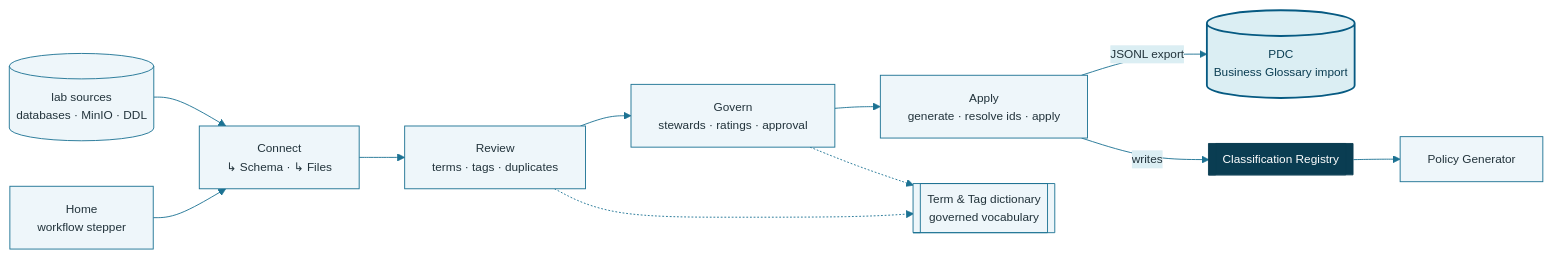
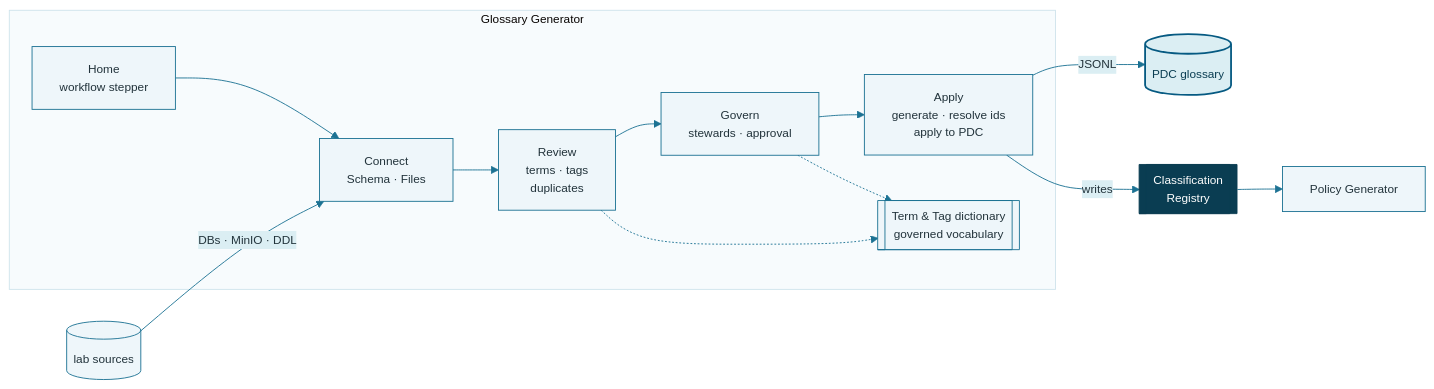
Before and after one commit to jporeilly/PDC-Glossary-Generator: the diagram in docs/GUIDE.md, drawn with Mermaid. The commit also changed 6 other files, not shown here.

First line of the commit message:
1.10.8 - Home table alignment, PDC glossary column, workflow diagram redraw

````diff
--- a/docs/GUIDE.md
+++ b/docs/GUIDE.md
@@ -399,18 +399,20 @@
 ```mermaid
 %%{init: {'theme':'base','themeVariables':{'primaryColor':'#EEF6FA','primaryBorderColor':'#1C7293','primaryTextColor':'#22333B','secondaryColor':'#DBEEF3','tertiaryColor':'#F7FBFD','lineColor':'#1C7293','fontFamily':'Segoe UI, sans-serif','fontSize':'13px','clusterBkg':'#F7FBFD','clusterBorder':'#CFE3EC'}}}%%
 flowchart LR
-    SRC[("lab sources<br/>databases · MinIO · DDL")] --> CON
-    HOME["Home<br/>workflow stepper"] --> CON["Connect<br/>↳ Schema · ↳ Files"]
-    CON --> REV["Review<br/>terms · tags · duplicates"]
-    REV --> GOV["Govern<br/>stewards · ratings · approval"]
-    GOV --> APPLY["Apply<br/>generate · resolve ids · apply"]
-    REV -.-> DICT[["Term &amp; Tag dictionary<br/>governed vocabulary"]]
-    GOV -.-> DICT
-    APPLY -- "JSONL export" --> PDC[("PDC<br/>Business Glossary import")]
-    APPLY -- "writes" --> REG[["Classification Registry"]]
+    SRC[("lab sources")] -- "DBs · MinIO · DDL" --> CON
+    subgraph APP["Glossary Generator"]
+        HOME["Home<br/>workflow stepper"] --> CON["Connect<br/>Schema · Files"]
+        CON --> REV["Review<br/>terms · tags<br/>duplicates"]
+        REV --> GOV["Govern<br/>stewards · approval"]
+        GOV --> APPLY["Apply<br/>generate · resolve ids<br/>apply to PDC"]
+        REV -.-> DICT[["Term &amp; Tag dictionary<br/>governed vocabulary"]]
+        GOV -.-> DICT
+    end
+    APPLY -- "JSONL" --> PDC[("PDC glossary")]
+    APPLY -- "writes" --> REG[["Classification<br/>Registry"]]
     REG --> PG["Policy Generator"]
     classDef contract fill:#0A3D52,color:#fff,stroke:#0A3D52
     classDef pdc fill:#DBEEF3,stroke:#065A82,color:#0A3D52,stroke-width:2px
     class REG contract
     class PDC pdc
 ```
````
